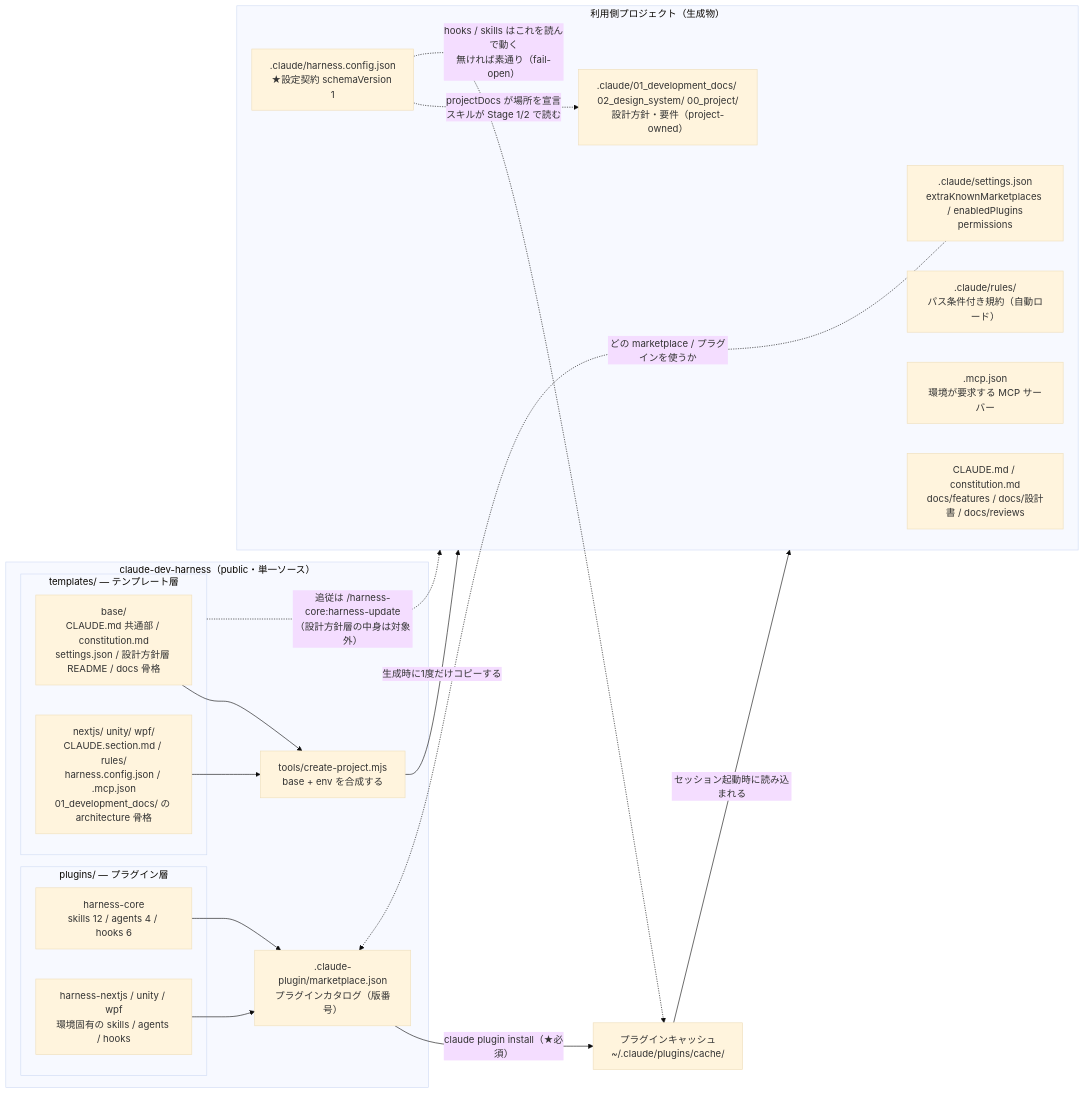
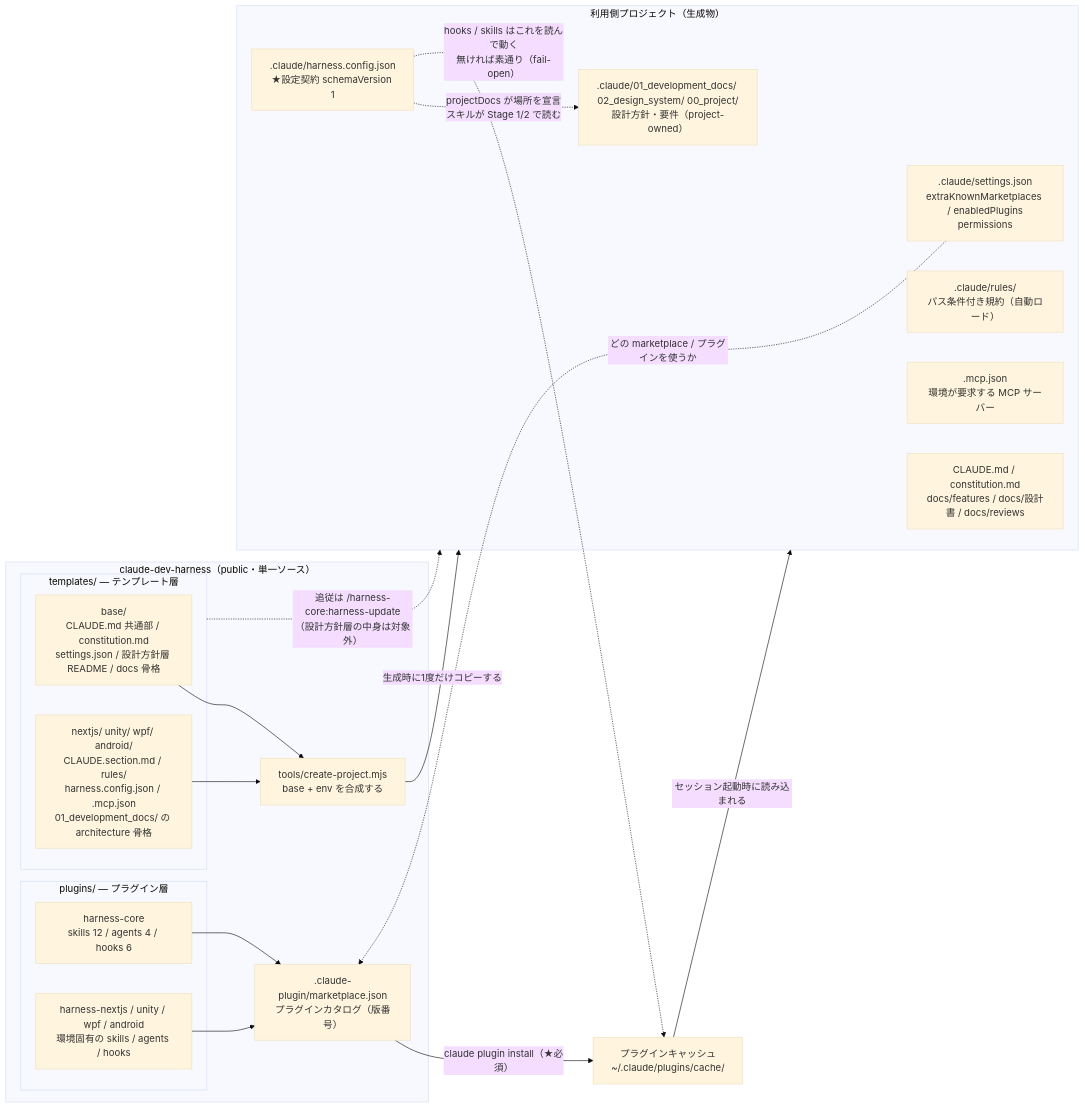
One commit to mizuta0711/claude-dev-harness changed the diagram in docs/diagrams/01_全体アーキテクチャ図.md. Above: the diagram before and after it, drawn with Mermaid (base theme). The commit also changed other lines of this file and 40 other files, not shown here.

First line of the commit message:
feat: android 環境を追加する（templates/android + harness-android 0.1.0）

````diff
--- a/docs/diagrams/01_全体アーキテクチャ図.md
+++ b/docs/diagrams/01_全体アーキテクチャ図.md
@@ -31,40 +31,40 @@
 ```mermaid
 flowchart LR
     subgraph REPO["claude-dev-harness（public・単一ソース）"]
         MP[".claude-plugin/marketplace.json<br/>プラグインカタログ（版番号）"]
         subgraph PLUGINS["plugins/ — プラグイン層"]
             CORE["harness-core<br/>skills 12 / agents 4 / hooks 6"]
-            ENVP["harness-nextjs / unity / wpf<br/>環境固有の skills / agents / hooks"]
+            ENVP["harness-nextjs / unity / wpf / android<br/>環境固有の skills / agents / hooks"]
         end
         subgraph TEMPL["templates/ — テンプレート層"]
             TB["base/<br/>CLAUDE.md 共通部 / constitution.md<br/>settings.json / 設計方針層 README / docs 骨格"]
-            TE["nextjs/ unity/ wpf/<br/>CLAUDE.section.md / rules/<br/>harness.config.json / .mcp.json<br/>01_development_docs/ の architecture 骨格"]
+            TE["nextjs/ unity/ wpf/ android/<br/>CLAUDE.section.md / rules/<br/>harness.config.json / .mcp.json<br/>01_development_docs/ の architecture 骨格"]
         end
         TOOL["tools/create-project.mjs<br/>base + env を合成する"]
     end
 
     CACHE["プラグインキャッシュ<br/>~/.claude/plugins/cache/"]
 
     subgraph PROJ["利用側プロジェクト（生成物）"]
         SET[".claude/settings.json<br/>extraKnownMarketplaces / enabledPlugins<br/>permissions"]
         CFG[".claude/harness.config.json<br/>★設定契約 schemaVersion 1"]
         RUL[".claude/rules/<br/>パス条件付き規約（自動ロード）"]
         PPOL[".claude/01_development_docs/ 02_design_system/ 00_project/<br/>設計方針・要件（project-owned）"]
         MCPJ[".mcp.json<br/>環境が要求する MCP サーバー"]
         PDOC["CLAUDE.md / constitution.md<br/>docs/features / docs/設計書 / docs/reviews"]
     end
 
     CORE --> MP
     ENVP --> MP
     TB --> TOOL
     TE --> TOOL
 
     MP -->|"claude plugin install（★必須）"| CACHE
     CACHE -->|"セッション起動時に読み込まれる"| PROJ
     TOOL -->|"生成時に1度だけコピーする"| PROJ
     TEMPL -.->|"追従は /harness-core:harness-update<br/>（設計方針層の中身は対象外）"| PROJ
     CFG -.->|"projectDocs が場所を宣言<br/>スキルが Stage 1/2 で読む"| PPOL
 
     CFG -.->|"hooks / skills はこれを読んで動く<br/>無ければ素通り（fail-open）"| CACHE
     SET -.->|"どの marketplace / プラグインを使うか"| MP
 ```
````
